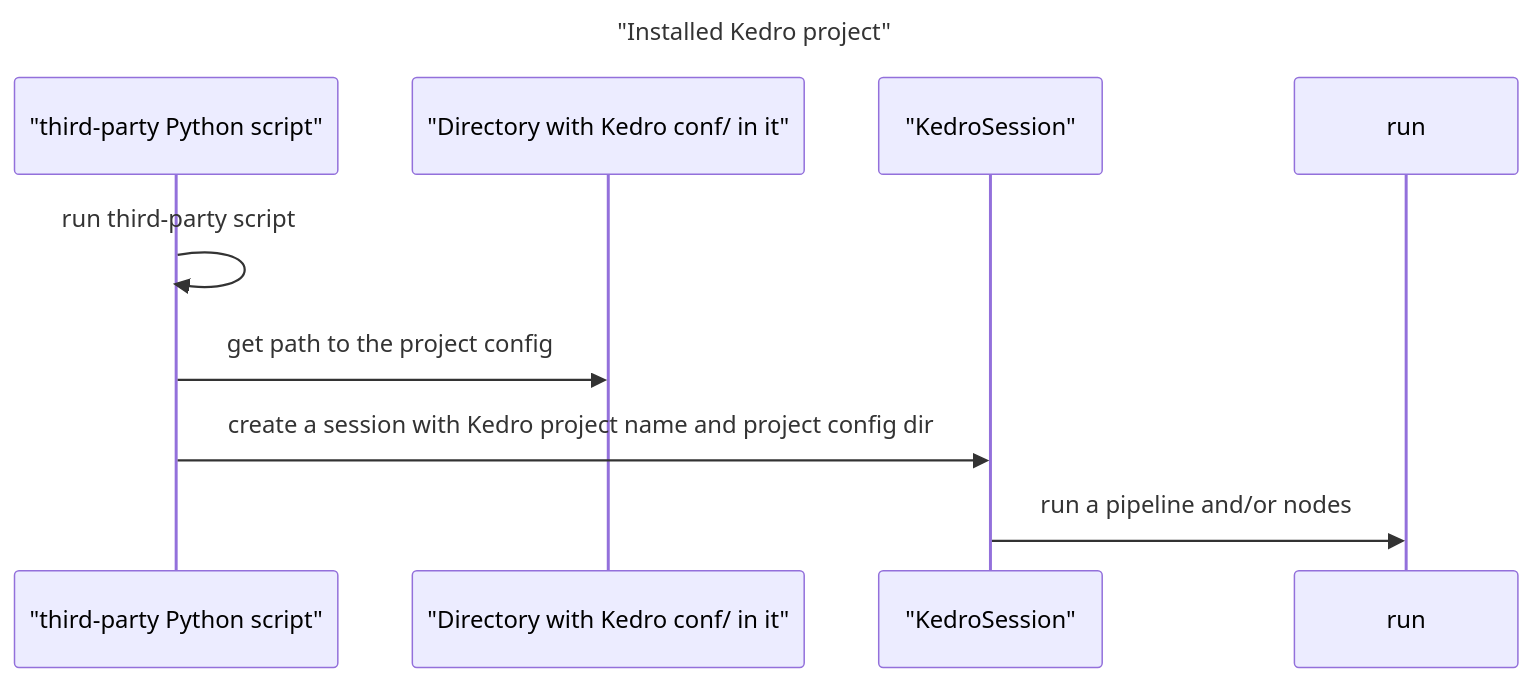
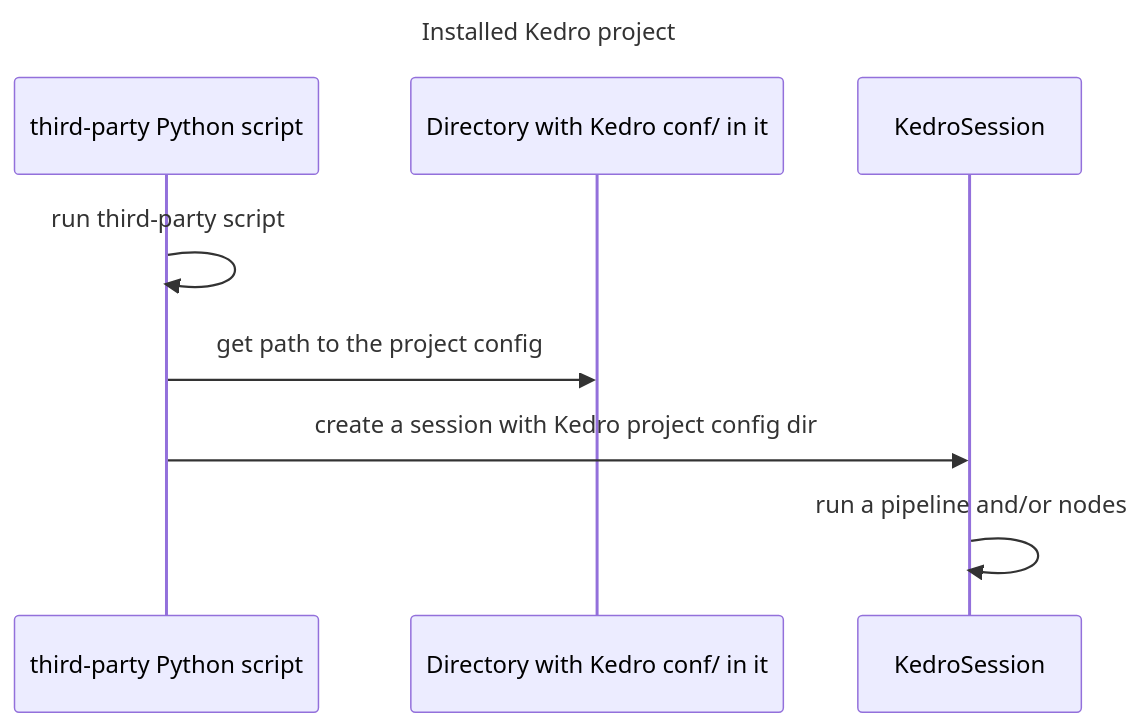
One commit to kedro-org/kedro changed the diagram in docs/diagrams/installed-kedro-project.md. Above: the diagram before and after it, drawn with Mermaid. The commit also changed 2 other files, not shown here.

Commit message:
Update mermaid entrypoint diagrams with current state

````diff
--- a/docs/diagrams/installed-kedro-project.md
+++ b/docs/diagrams/installed-kedro-project.md
@@ -1,13 +1,13 @@
 ```mermaid
 sequenceDiagram
-    title "Installed Kedro project"
+    title Installed Kedro project
 
-    participant script as "third-party Python script"
-    participant curr_dir as "Directory with Kedro conf/ in it"
-    participant session as "KedroSession"
+    participant script as third-party Python script
+    participant curr_dir as Directory with Kedro conf/ in it
+    participant session as KedroSession
 
     script->>script: run third-party script
     script->>curr_dir: get path to the project config
-    script->>session: create a session with Kedro project name and project config dir
-    session->>run: run a pipeline and/or nodes
+    script->>session: create a session with Kedro project config dir
+    session->>session: run a pipeline and/or nodes
 ```
````
